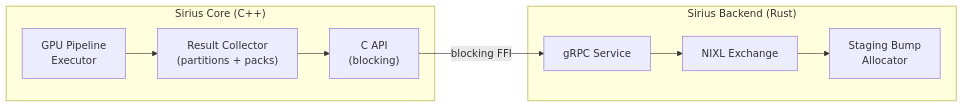
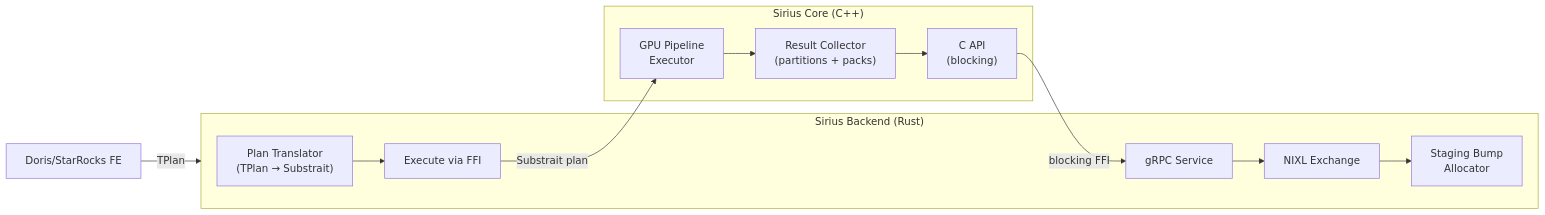
Before and after one commit to sirius-db/sirius: the first of 8 diagrams in docs/super-sirius/exchange-integration.md, drawn with Mermaid. The commit also changed other lines of this file, not shown here.

Commit message:
docs: show Rust plan translation (TPlan → Substrait) in diagrams
Make clear that the Rust backend still handles Doris/StarRocks TPlan
to Substrait plan conversion before dispatching to the C++ engine.
Updated both current and proposed architecture diagrams and the
component ownership table.

````diff
--- a/docs/super-sirius/exchange-integration.md
+++ b/docs/super-sirius/exchange-integration.md
@@ -50,10 +50,14 @@
 ```mermaid
 graph LR
+    FE["Doris/StarRocks FE"] -->|TPlan| rust
+
+    subgraph rust["Sirius Backend (Rust)"]
+        PT["Plan Translator\n(TPlan → Substrait)"] --> ENG["Execute via FFI"]
+        GRPC["gRPC Service"] --> NIXL["NIXL Exchange"] --> BUMP["Staging Bump\nAllocator"]
+    end
     subgraph core["Sirius Core (C++)"]
         GPU["GPU Pipeline\nExecutor"] --> RC["Result Collector\n(partitions + packs)"] --> CAPI["C API\n(blocking)"]
     end
-    subgraph rust["Sirius Backend (Rust)"]
-        GRPC["gRPC Service"] --> NIXL["NIXL Exchange"] --> BUMP["Staging Bump\nAllocator"]
-    end
+    ENG -->|"Substrait plan"| GPU
     CAPI -->|"blocking FFI"| GRPC
 ```
````
